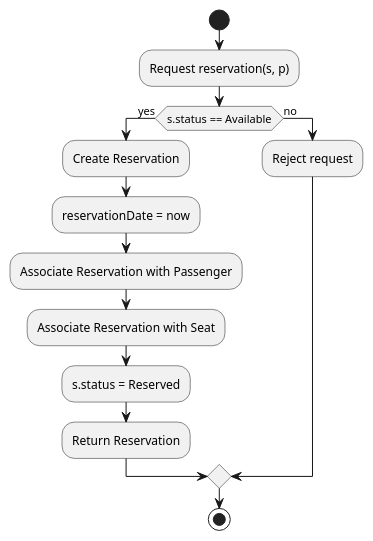
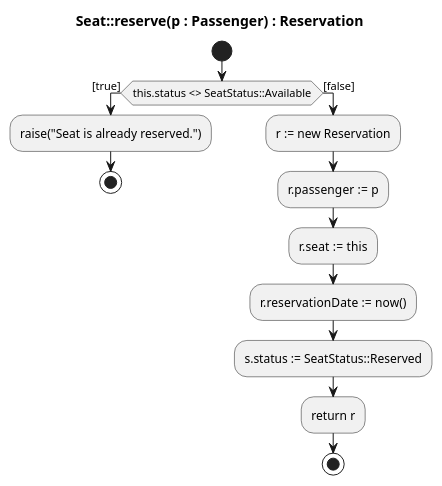
The diagram in airline/classical-uml/reserve-seat.puml (scx-othr/MoProCo-evaluation), drawn with PlantUML before and after one commit. The commit also changed 31 other files, not shown here.

Commit message:
Prepare initial evaluation data for all three case studies (shop, airline, library; classical uml, black box prompt, moproco)

```diff
--- a/airline/classical-uml/reserve-seat.puml
+++ b/airline/classical-uml/reserve-seat.puml
@@ -1,17 +1,17 @@
 @startuml
+title Seat::reserve(p : Passenger) : Reservation
+
 start
-:Request reservation(s, p);
-
-if (s.status == Available) then (yes)
-  :Create Reservation;
-  :reservationDate = now;
-  :Associate Reservation with Passenger;
-  :Associate Reservation with Seat;
-  :s.status = Reserved;
-  :Return Reservation;
-else (no)
-  :Reject request;
+if (this.status <> SeatStatus::Available) then ([true])
+  :raise("Seat is already reserved.");
+  stop
+else ([false])
+  :r := new Reservation;
+  :r.passenger := p;
+  :r.seat := this;
+  :r.reservationDate := now();
+  :s.status := SeatStatus::Reserved;
+  :return r;
+  stop
 endif
-
-stop
 @enduml
```
